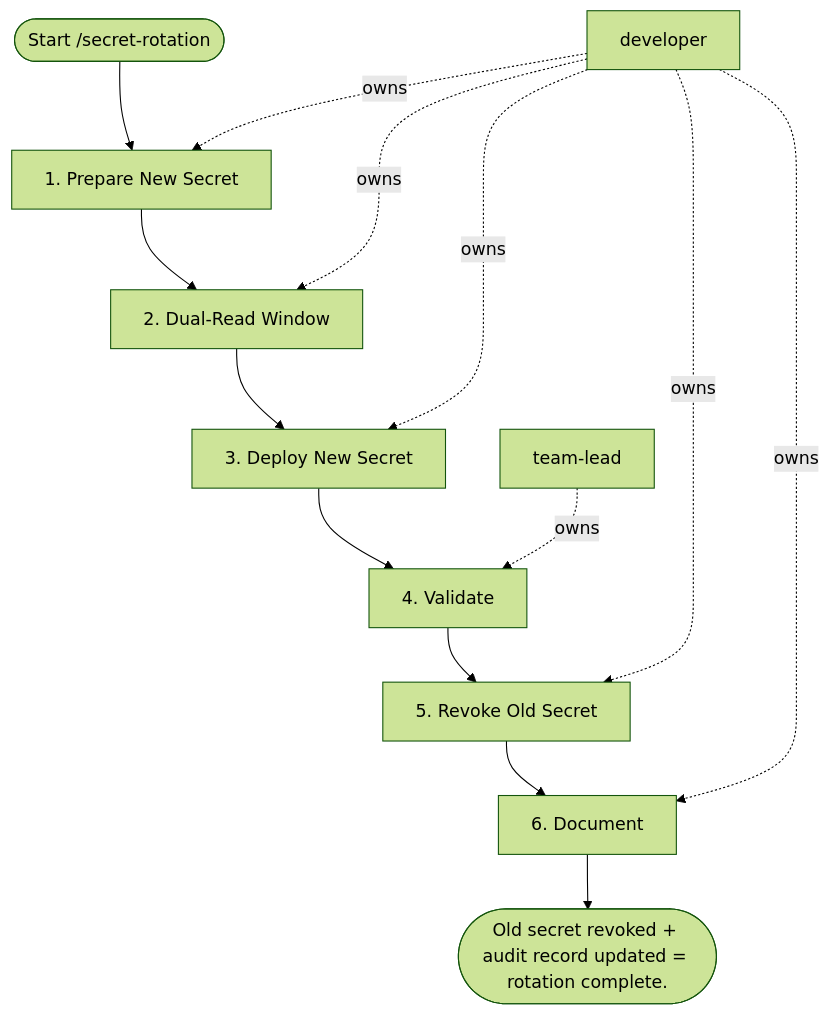
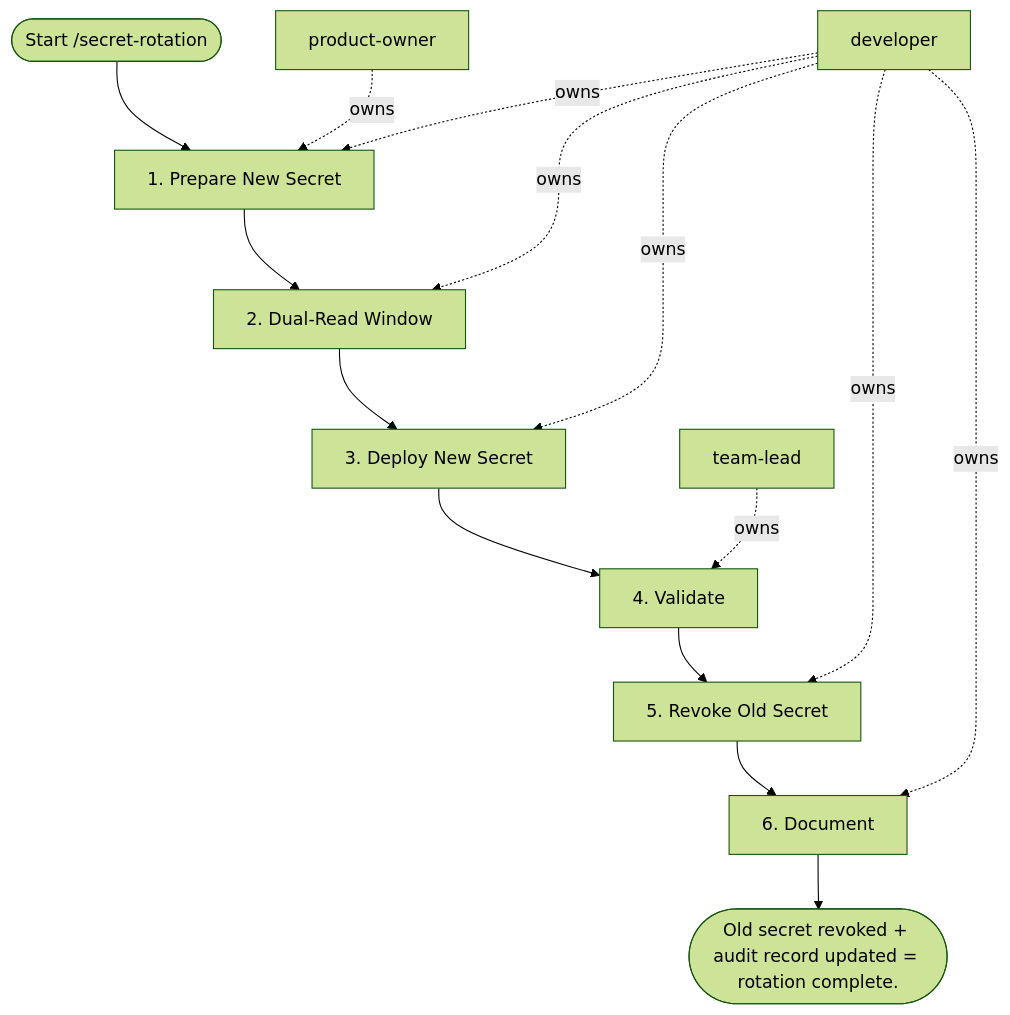
Before and after one commit to sawrus/agent-guides: the diagram in areas/software/security/workflows/secret-rotation.md, drawn with Mermaid (forest theme). The commit also changed other lines of this file and 76 other files, not shown here.

Commit message:
Standardize workflow product owner initiation

````diff
--- a/areas/software/security/workflows/secret-rotation.md
+++ b/areas/software/security/workflows/secret-rotation.md
@@ -69,26 +69,28 @@
 ```mermaid
 flowchart TD
   start(["Start /secret-rotation"])
-  role_1["developer"]
-  role_2["team-lead"]
+  role_1["product-owner"]
+  role_2["developer"]
+  role_3["team-lead"]
   step_1["1. Prepare New Secret"]
   step_2["2. Dual-Read Window"]
   step_3["3. Deploy New Secret"]
   step_4["4. Validate"]
   step_5["5. Revoke Old Secret"]
   step_6["6. Document"]
   exit(["Old secret revoked + audit record updated = rotation complete."])
   start --> step_1
   step_1 --> step_2
   step_2 --> step_3
   step_3 --> step_4
   step_4 --> step_5
   step_5 --> step_6
   step_6 --> exit
   role_1 -. owns .-> step_1
-  role_1 -. owns .-> step_2
-  role_1 -. owns .-> step_3
-  role_2 -. owns .-> step_4
-  role_1 -. owns .-> step_5
-  role_1 -. owns .-> step_6
+  role_2 -. owns .-> step_1
+  role_2 -. owns .-> step_2
+  role_2 -. owns .-> step_3
+  role_3 -. owns .-> step_4
+  role_2 -. owns .-> step_5
+  role_2 -. owns .-> step_6
 ```
````
